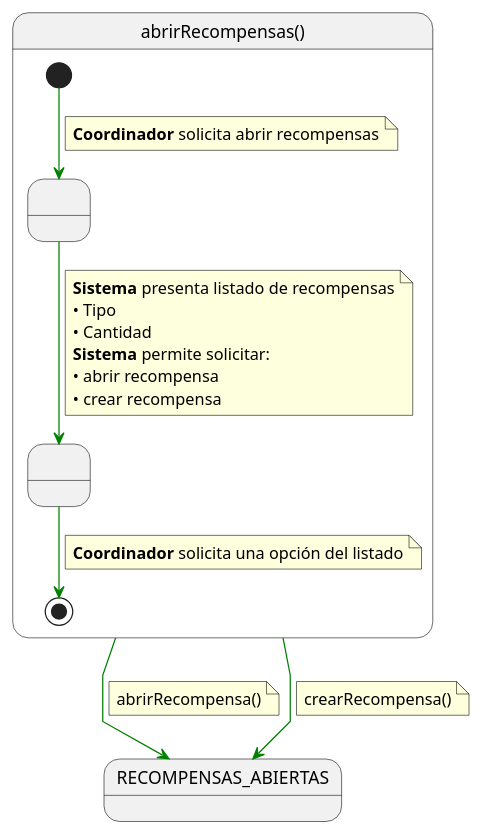
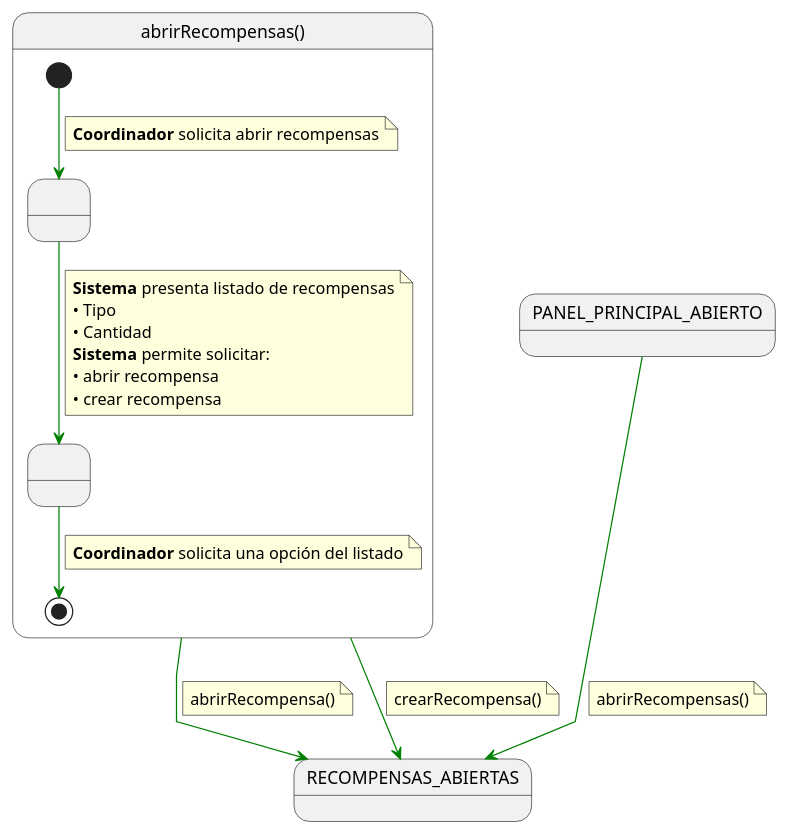
Before and after one commit to 31Diego/25-26-IdSw1-SdR: the diagram in documentación/CasosDeUso/Detalle/Coordinador/09-recompensas/abrirRecompensas.puml, drawn with PlantUML. The commit also changed 95 other files, not shown here.

```diff
--- a/documentación/CasosDeUso/Detalle/Coordinador/09-recompensas/abrirRecompensas.puml
+++ b/documentación/CasosDeUso/Detalle/Coordinador/09-recompensas/abrirRecompensas.puml
@@ -1,41 +1,46 @@
 @startuml abrirRecompensas
 
 skinparam linetype polyline
 
 state abrirRecompensas as "abrirRecompensas()" {
 
     state " " as MostrandoListado
     state " " as FiltrandoListado
 
     [*] -[#green]-> MostrandoListado
     note on link
     <b>Coordinador</b> solicita abrir recompensas
     end note
 
     MostrandoListado -[#green]-> FiltrandoListado
     note on link
     <b>Sistema</b> presenta listado de recompensas
     • Tipo
     • Cantidad
     <b>Sistema</b> permite solicitar:
     • abrir recompensa
     • crear recompensa
     end note
 
     FiltrandoListado -[#green]-> [*]
     note on link
     <b>Coordinador</b> solicita una opción del listado
     end note
 }
 
+PANEL_PRINCIPAL_ABIERTO -[#green]-> RECOMPENSAS_ABIERTAS
+note on link
+abrirRecompensas()
+end note
+
 abrirRecompensas -[#green]-> RECOMPENSAS_ABIERTAS
 note on link
 abrirRecompensa()
 end note
 
 abrirRecompensas -[#green]-> RECOMPENSAS_ABIERTAS
 note on link
 crearRecompensa()
 end note
 
 @enduml
```
